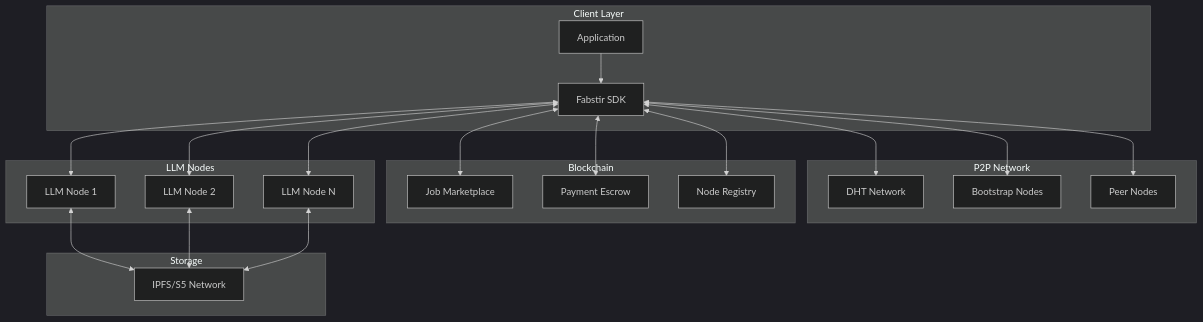
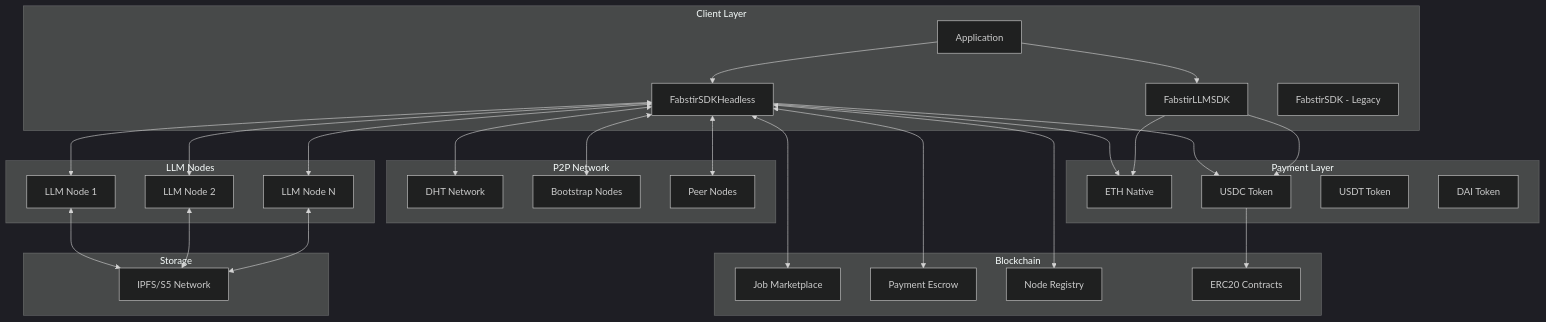
The second of 9 diagrams in docs/ARCHITECTURE.md (Fabstir/fabstir-llm-sdk), drawn with Mermaid (dark theme) before and after one commit. The commit also changed other lines of this file and 5 other files, not shown here.

````diff
--- a/docs/ARCHITECTURE.md
+++ b/docs/ARCHITECTURE.md
@@ -36,43 +79,59 @@
 ```mermaid
 graph TB
     subgraph Client Layer
-        SDK[Fabstir SDK]
+        HEADLESS_SDK[FabstirSDKHeadless]
+        LLM_SDK[FabstirLLMSDK]
+        LEGACY_SDK[FabstirSDK - Legacy]
         APP[Application]
+    end
+
+    subgraph Payment Layer
+        ETH[ETH Native]
+        USDC[USDC Token]
+        USDT[USDT Token]
+        DAI[DAI Token]
     end
 
     subgraph P2P Network
         DHT[DHT Network]
         BOOTSTRAP[Bootstrap Nodes]
         PEERS[Peer Nodes]
     end
 
     subgraph Blockchain
         JM[Job Marketplace]
         PE[Payment Escrow]
         NR[Node Registry]
+        TOKEN[ERC20 Contracts]
     end
 
     subgraph Storage
         IPFS[IPFS/S5 Network]
     end
 
     subgraph LLM Nodes
         NODE1[LLM Node 1]
         NODE2[LLM Node 2]
         NODE3[LLM Node N]
     end
 
-    APP --> SDK
-    SDK <--> DHT
-    SDK <--> BOOTSTRAP
-    SDK <--> PEERS
-    SDK <--> JM
-    SDK <--> PE
-    SDK <--> NR
-    SDK <--> NODE1
-    SDK <--> NODE2
-    SDK <--> NODE3
+    APP --> HEADLESS_SDK
+    APP --> LLM_SDK
+    HEADLESS_SDK --> ETH
+    HEADLESS_SDK --> USDC
+    LLM_SDK --> USDC
+    LLM_SDK --> ETH
+    USDC --> TOKEN
+    HEADLESS_SDK <--> DHT
+    HEADLESS_SDK <--> BOOTSTRAP
+    HEADLESS_SDK <--> PEERS
+    HEADLESS_SDK <--> JM
+    HEADLESS_SDK <--> PE
+    HEADLESS_SDK <--> NR
+    HEADLESS_SDK <--> NODE1
+    HEADLESS_SDK <--> NODE2
+    HEADLESS_SDK <--> NODE3
     NODE1 <--> IPFS
     NODE2 <--> IPFS
     NODE3 <--> IPFS
 ```
````
